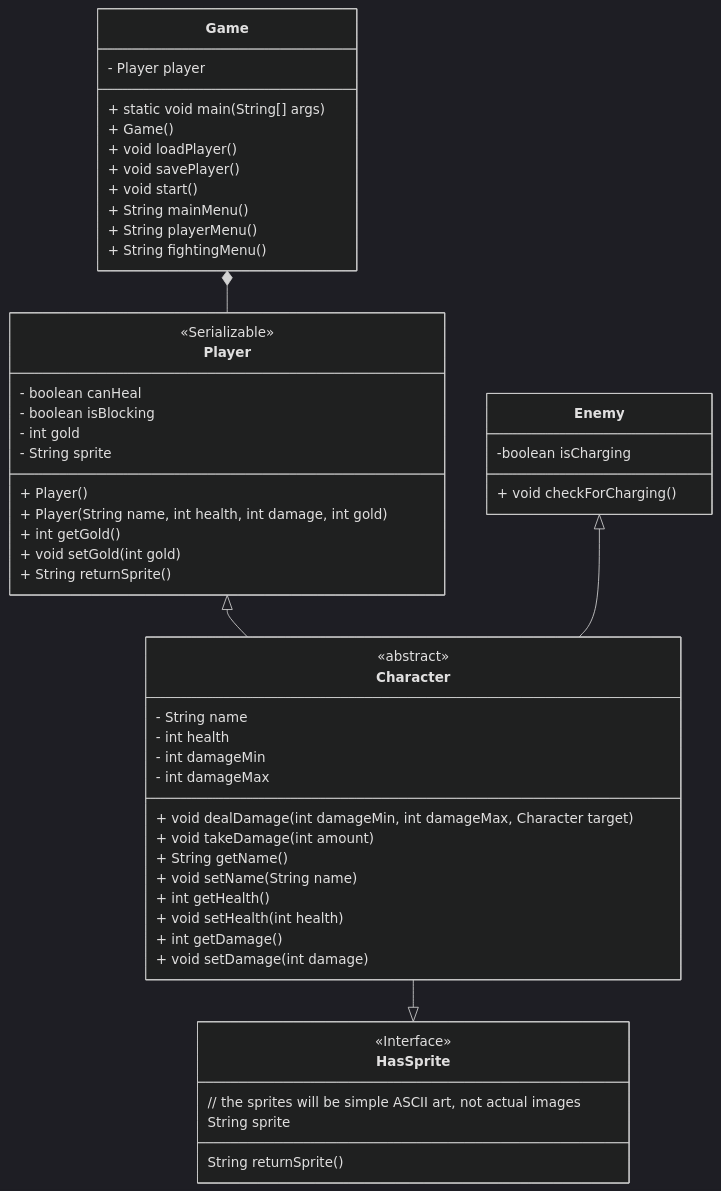
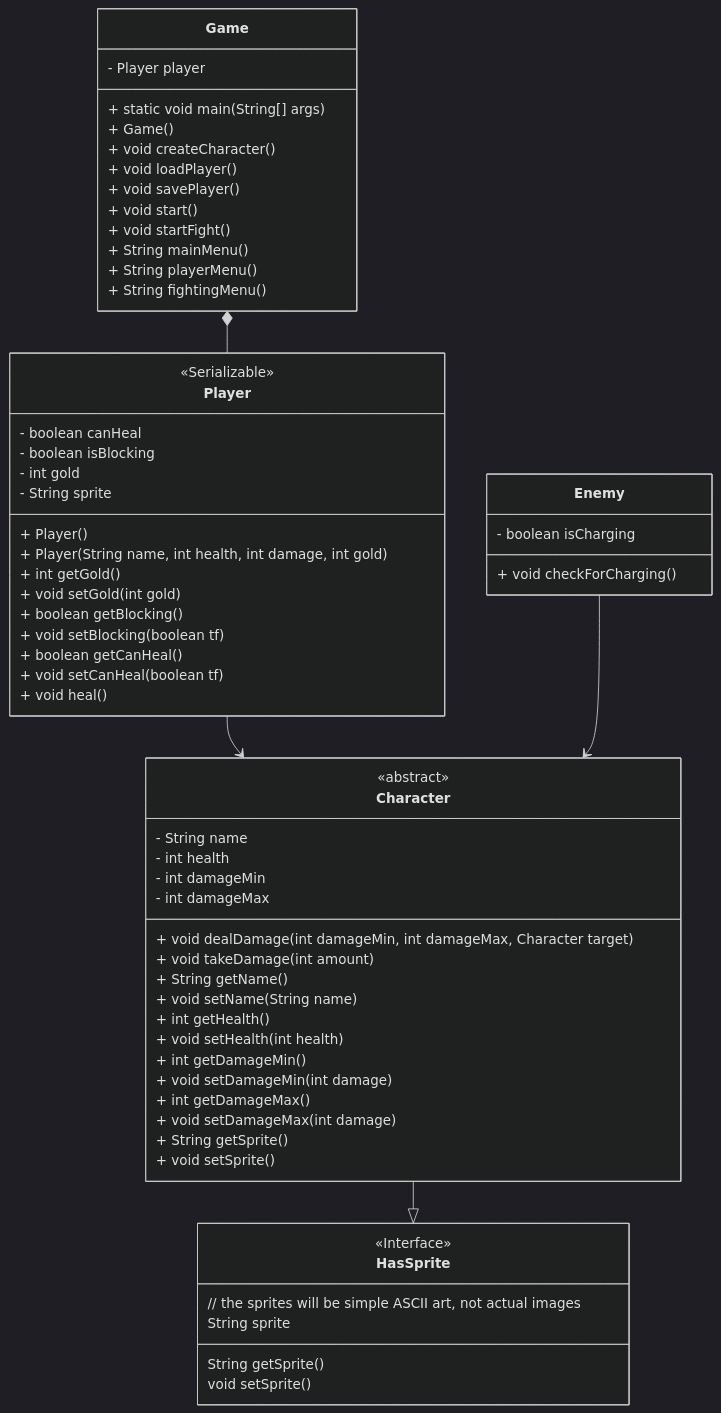
One commit to fish-2122/CS121-Final changed the second of 2 diagrams in README.md. Above: the diagram before and after it, drawn with Mermaid (dark theme).

Commit message:
moved files around

````diff
--- a/README.md
+++ b/README.md
@@ -63,56 +63,68 @@
 ```mermaid
 classDiagram
 class Game {
     - Player player
     + static void main(String[] args)
     + Game()
+    + void createCharacter()
     + void loadPlayer()
     + void savePlayer()
     + void start()
+    + void startFight()
     + String mainMenu()
     + String playerMenu()
     + String fightingMenu()
 }
 class Character {
     <<abstract>>
     - String name
     - int health
     - int damageMin
     - int damageMax
     + void dealDamage(int damageMin, int damageMax, Character target)
     + void takeDamage(int amount)
     + String getName()
     + void setName(String name)
     + int getHealth()
     + void setHealth(int health)
-    + int getDamage()
-    + void setDamage(int damage)
+    + int getDamageMin()
+    + void setDamageMin(int damage)
+    + int getDamageMax()
+    + void setDamageMax(int damage)
+    + String getSprite()
+    + void setSprite()
+    
 }
 class Enemy {
-    -boolean isCharging
+    - boolean isCharging
     + void checkForCharging()
 }
 class Player {
     <<Serializable>>
     - boolean canHeal
     - boolean isBlocking
     - int gold
     - String sprite
     + Player()
     + Player(String name, int health, int damage, int gold)
     + int getGold()
     + void setGold(int gold)
-    + String returnSprite()
+    + boolean getBlocking()
+    + void setBlocking(boolean tf)
+    + boolean getCanHeal()
+    + void setCanHeal(boolean tf)
+    + void heal()
 }
 class HasSprite {
     // the sprites will be simple ASCII art, not actual images
     <<Interface>>
     String sprite
-    String returnSprite()
+    String getSprite()
+    void setSprite()
 }
 
-Player <|-- Character
-Enemy <|-- Character
+Player --> Character
+Enemy --> Character
 Character --|> HasSprite
 Game *-- Player
 ```
````
